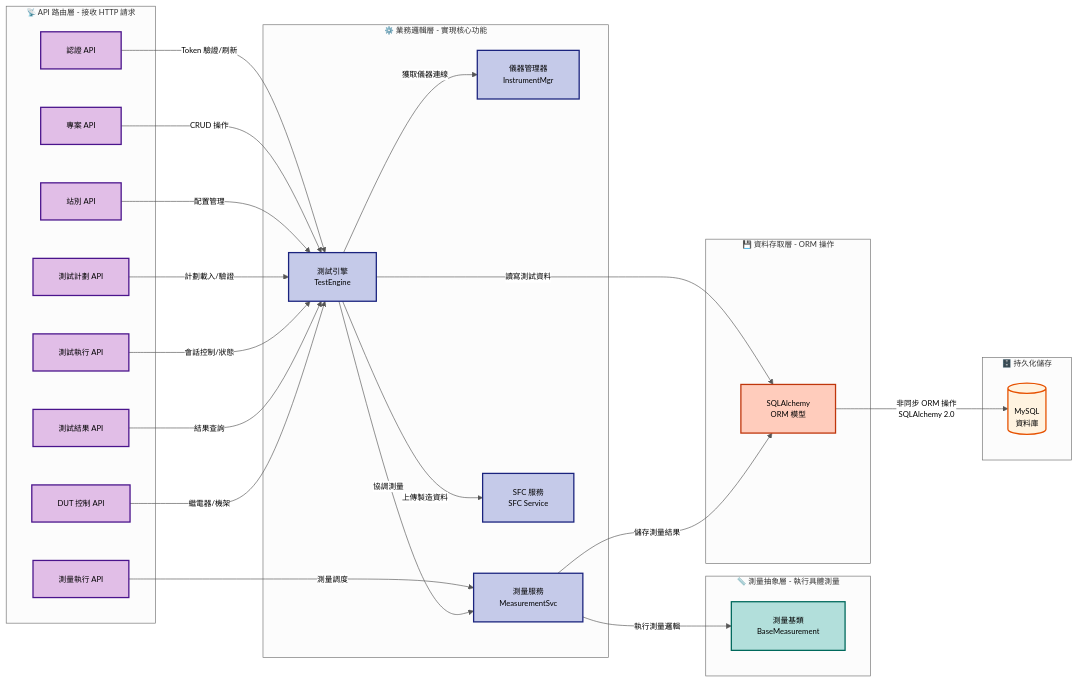
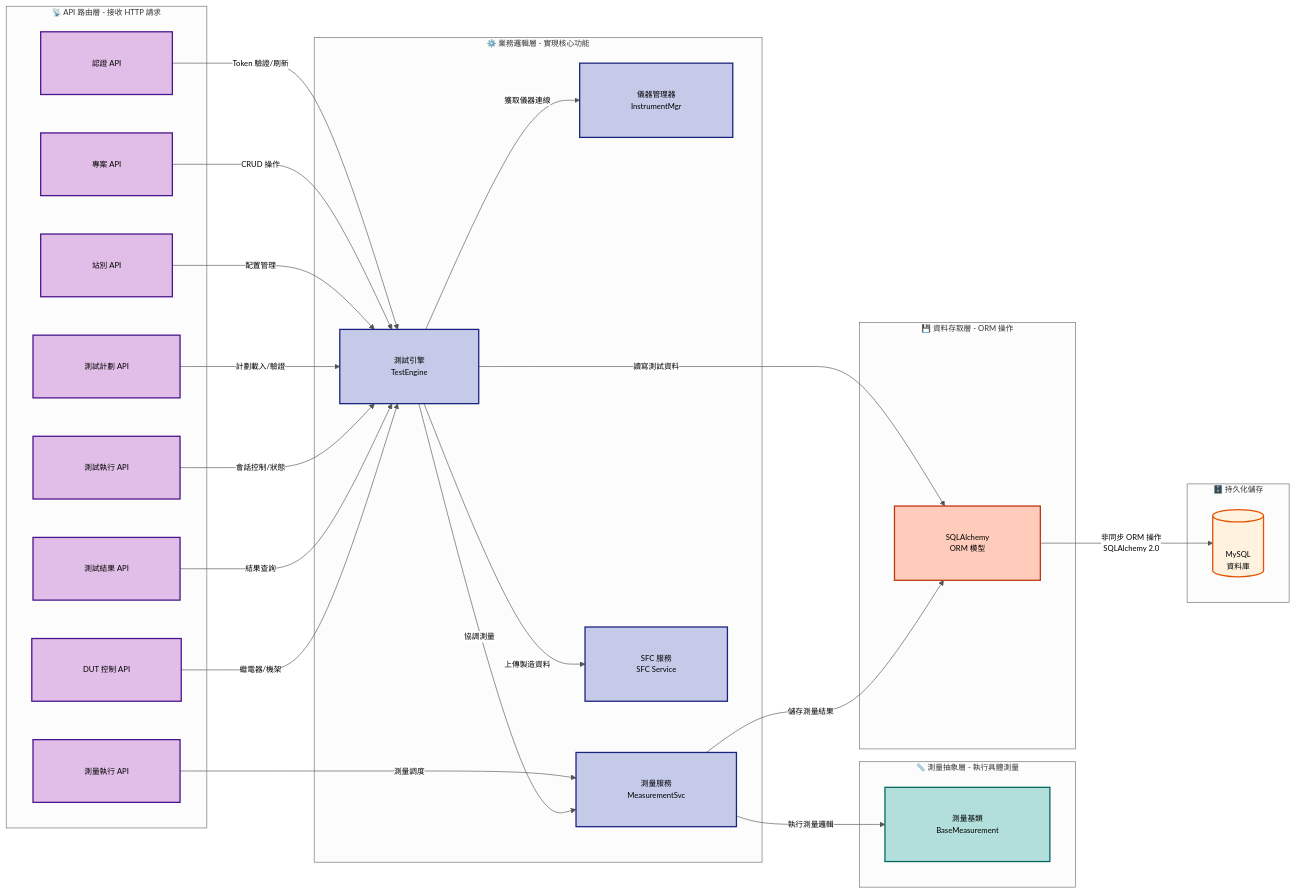
Before and after one commit to sprigga/WebPDTool: the second of 4 diagrams in README.md, drawn with Mermaid. The commit also changed other lines of this file, not shown here.

Commit message:
docs: adjust Mermaid diagram padding to 40px

```diff
--- a/README.md
+++ b/README.md
@@ -218,7 +218,7 @@
     "primaryColor": "#f0f0f0"
   },
   "flowchart": {
-    "padding": 20,
+    "padding": 40,
     "nodeSpacing": 60,
     "rankSpacing": 80,
     "curve": "basis",
```
